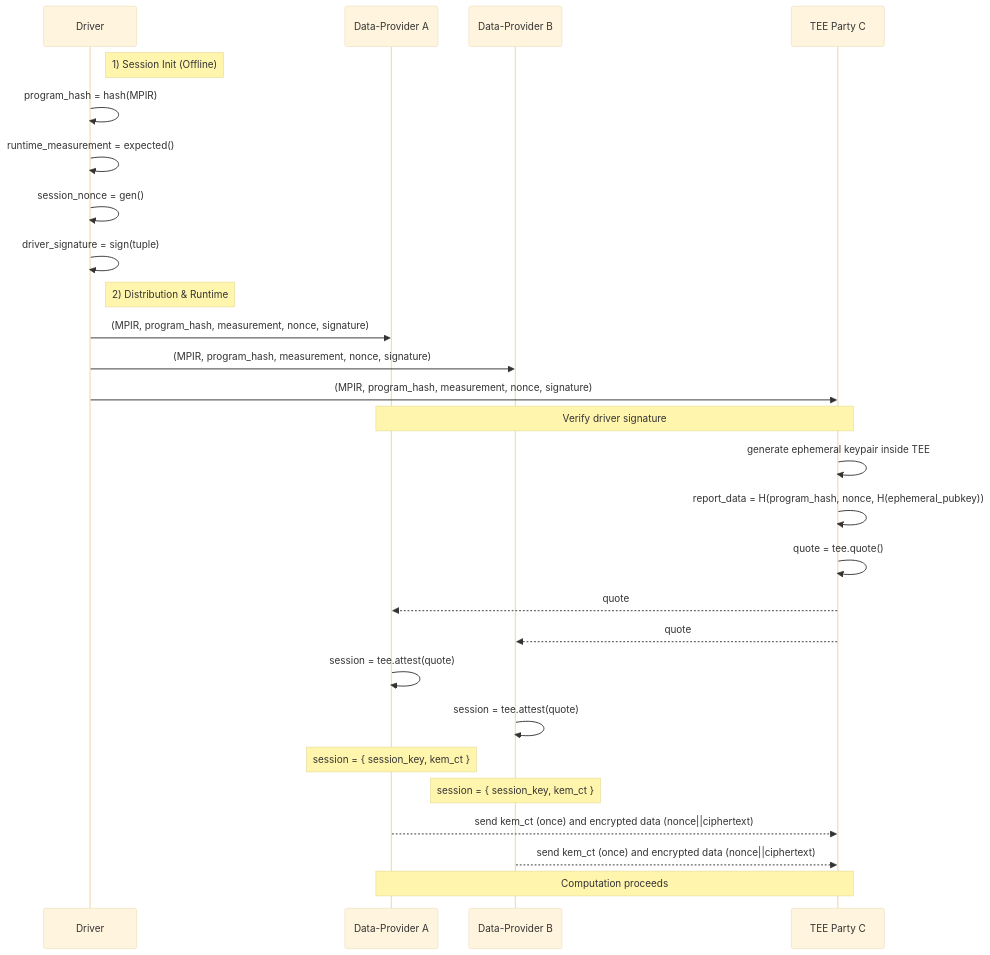
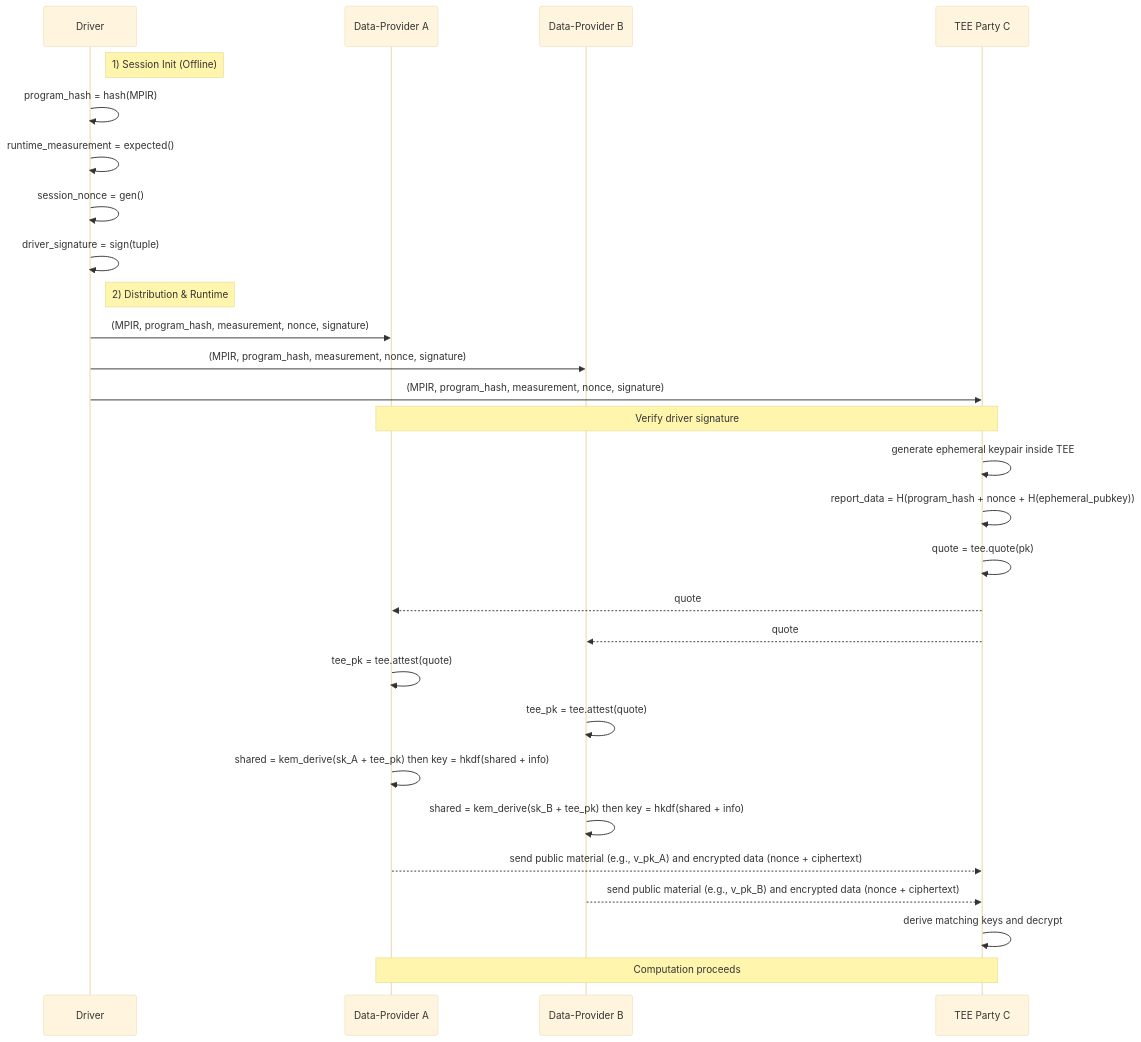
The diagram in design/tee_design.md (secretflow/mplang), drawn with Mermaid (base theme) before and after one commit. The commit also changed other lines of this file, not shown here.

````diff
--- a/design/tee_design.md
+++ b/design/tee_design.md
@@ -93,38 +94,38 @@
 ```mermaid
 sequenceDiagram
   participant Driver
   participant A as Data-Provider A
   participant B as Data-Provider B
   participant C as TEE Party C
 
   note right of Driver: 1) Session Init (Offline)
   Driver->>Driver: program_hash = hash(MPIR)
   Driver->>Driver: runtime_measurement = expected()
   Driver->>Driver: session_nonce = gen()
   Driver->>Driver: driver_signature = sign(tuple)
 
   note right of Driver: 2) Distribution & Runtime
   Driver->>A: (MPIR, program_hash, measurement, nonce, signature)
   Driver->>B: (MPIR, program_hash, measurement, nonce, signature)
   Driver->>C: (MPIR, program_hash, measurement, nonce, signature)
 
   note over A, C: Verify driver signature
 
   C->>C: generate ephemeral keypair inside TEE
-  C->>C: report_data = H(program_hash, nonce, H(ephemeral_pubkey))
-  C->>C: quote = tee.quote()
+  C->>C: report_data = H(program_hash + nonce + H(ephemeral_pubkey))
+  C->>C: quote = tee.quote(pk)
 
   C-->>A: quote
   C-->>B: quote
 
-  A->>A: session = tee.attest(quote)
-  B->>B: session = tee.attest(quote)
+  A->>A: tee_pk = tee.attest(quote)
+  B->>B: tee_pk = tee.attest(quote)
 
-  note over A: session = { session_key, kem_ct }
-  note over B: session = { session_key, kem_ct }
-
-  A-->>C: send kem_ct (once) and encrypted data (nonce||ciphertext)
-  B-->>C: send kem_ct (once) and encrypted data (nonce||ciphertext)
+  A->>A: shared = kem_derive(sk_A + tee_pk) then key = hkdf(shared + info)
+  B->>B: shared = kem_derive(sk_B + tee_pk) then key = hkdf(shared + info)
+  A-->>C: send public material (e.g., v_pk_A) and encrypted data (nonce + ciphertext)
+  B-->>C: send public material (e.g., v_pk_B) and encrypted data (nonce + ciphertext)
+  C->>C: derive matching keys and decrypt
 
   note over A, C: Computation proceeds
 ```
````
